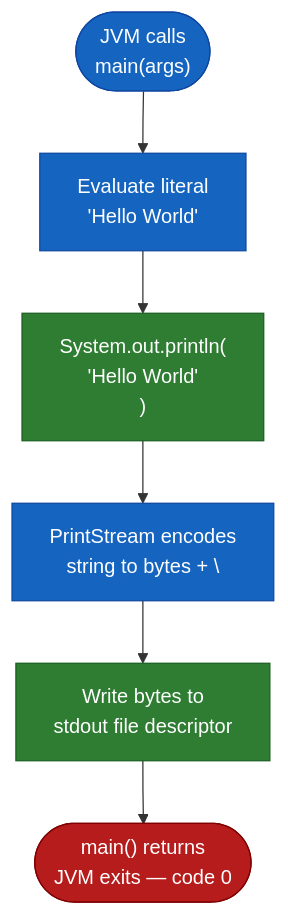
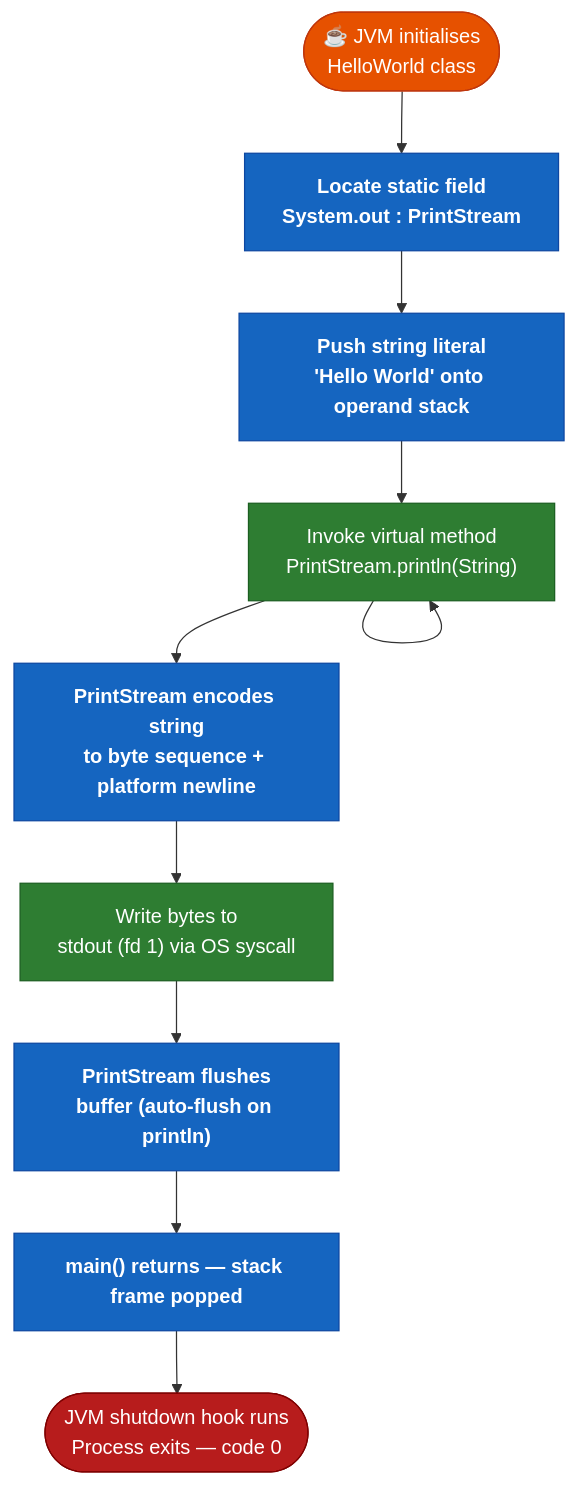
Before and after one commit to ktruchcz/copilot-test-ktruchcz: the seventh of 20 diagrams in arc42-documentation.md, drawn with Mermaid. The commit also changed other lines of this file, not shown here.

First line of the commit message:
Update arc42-documentation.md to v1.1.0 with enhanced content and new diagrams

````diff
--- a/arc42-documentation.md
+++ b/arc42-documentation.md
@@ -254,15 +330,19 @@
 ```mermaid
 flowchart TD
-    classDef step fill:#1565C0,stroke:#0D47A1,color:#fff
+    classDef step fill:#1565C0,stroke:#0D47A1,color:#fff,font-weight:bold
     classDef io fill:#2E7D32,stroke:#1B5E20,color:#fff
-    classDef end_ fill:#B71C1C,stroke:#7F0000,color:#fff
+    classDef term fill:#B71C1C,stroke:#7F0000,color:#fff
+    classDef jvm fill:#E65100,stroke:#BF360C,color:#fff
 
-    A(["JVM calls\nmain(args)"]):::step
-    B["Evaluate literal\n'Hello World'"]:::step
-    C["System.out.println(\n  'Hello World'\n)"]:::io
-    D["PrintStream encodes\nstring to bytes + \\n"]:::step
-    E["Write bytes to\nstdout file descriptor"]:::io
-    F(["main() returns\nJVM exits — code 0"]):::end_
+    A(["☕ JVM initialises\nHelloWorld class"]):::jvm
+    B["Locate static field\nSystem.out : PrintStream"]:::step
+    C["Push string literal\n'Hello World' onto operand stack"]:::step
+    D["Invoke virtual method\nPrintStream.println(String)"]:::io
+    E["PrintStream encodes string\nto byte sequence + platform newline"]:::step
+    F["Write bytes to\nstdout (fd 1) via OS syscall"]:::io
+    G["PrintStream flushes\nbuffer (auto-flush on println)"]:::step
+    H["main() returns — stack frame popped"]:::step
+    I(["JVM shutdown hook runs\nProcess exits — code 0"]):::term
 
-    A --> B --> C --> D --> E --> F
+    A --> B --> C --> D --> D --> E --> F --> G --> H --> I
 ```
````
